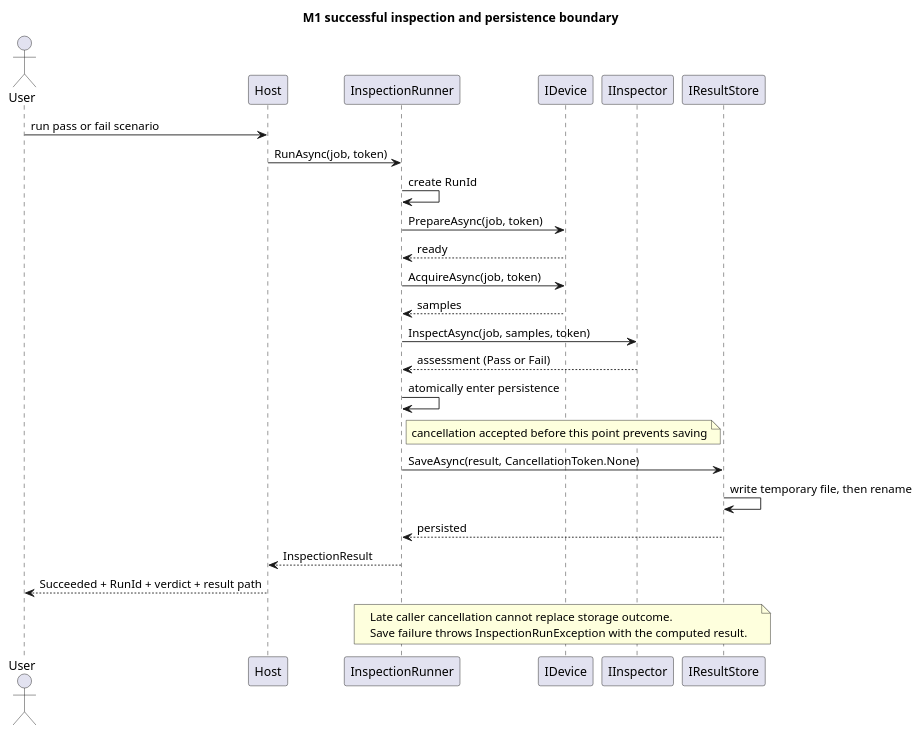
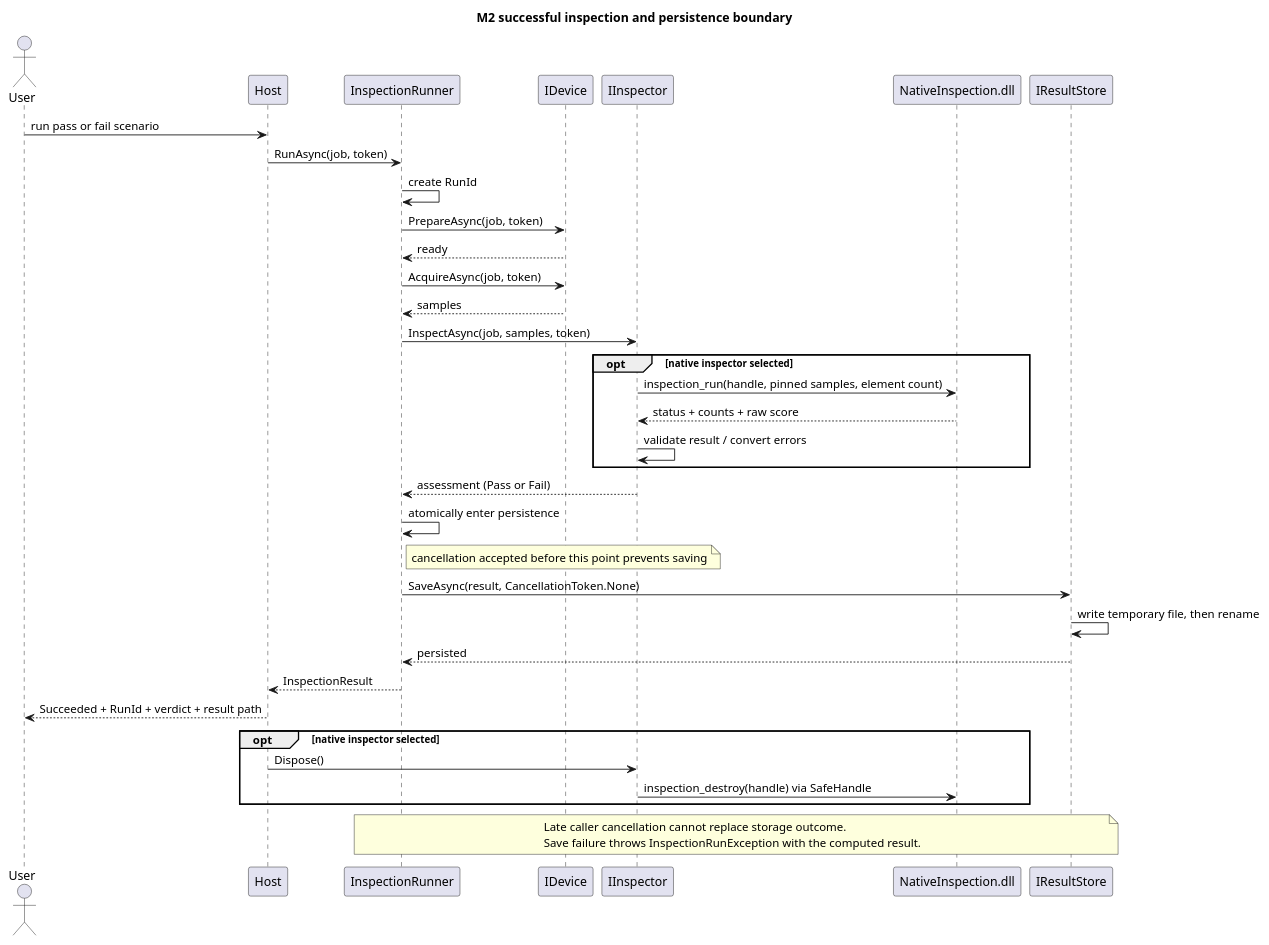
One commit to Myoungmin/CSharp-InspectionCore-Lab changed the diagram in docs/diagrams/run-sequence.puml. Above: the diagram before and after it, drawn with PlantUML. The commit also changed 52 other files, not shown here.

Commit message:
feat: add native inspection and continuous development workflow

```diff
--- a/docs/diagrams/run-sequence.puml
+++ b/docs/diagrams/run-sequence.puml
@@ -1,29 +1,39 @@
 @startuml run-sequence
-title M1 successful inspection and persistence boundary
+title M2 successful inspection and persistence boundary
 actor User
 participant Host
 participant InspectionRunner as Runner
 participant IDevice as Device
 participant IInspector as Inspector
+participant "NativeInspection.dll" as DLL
 participant IResultStore as Store
 User -> Host : run pass or fail scenario
 Host -> Runner : RunAsync(job, token)
 Runner -> Runner : create RunId
 Runner -> Device : PrepareAsync(job, token)
 Device --> Runner : ready
 Runner -> Device : AcquireAsync(job, token)
 Device --> Runner : samples
 Runner -> Inspector : InspectAsync(job, samples, token)
+opt native inspector selected
+Inspector -> DLL : inspection_run(handle, pinned samples, element count)
+DLL --> Inspector : status + counts + raw score
+Inspector -> Inspector : validate result / convert errors
+end
 Inspector --> Runner : assessment (Pass or Fail)
 Runner -> Runner : atomically enter persistence
 note right of Runner : cancellation accepted before this point prevents saving
 Runner -> Store : SaveAsync(result, CancellationToken.None)
 Store -> Store : write temporary file, then rename
 Store --> Runner : persisted
 Runner --> Host : InspectionResult
 Host --> User : Succeeded + RunId + verdict + result path
+opt native inspector selected
+Host -> Inspector : Dispose()
+Inspector -> DLL : inspection_destroy(handle) via SafeHandle
+end
 note over Runner, Store
 Late caller cancellation cannot replace storage outcome.
 Save failure throws InspectionRunException with the computed result.
 end note
 @enduml
```
